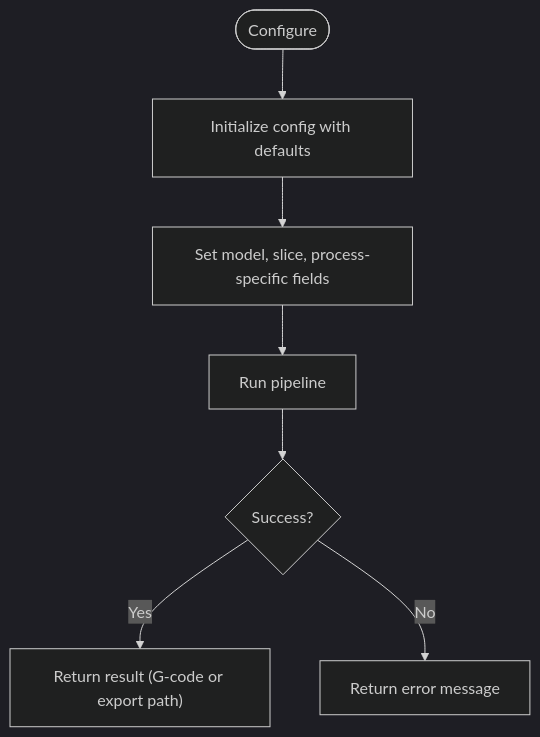
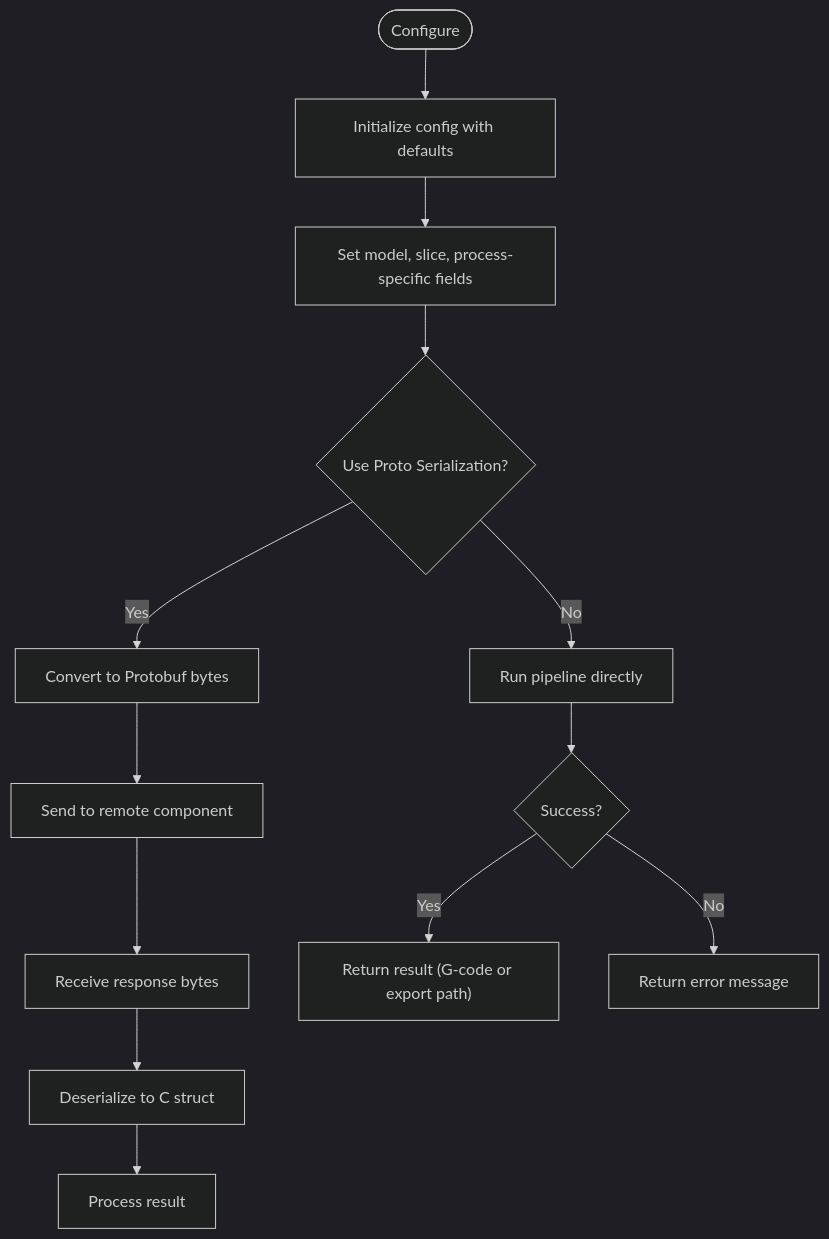
The third of 9 diagrams in .qoder/repowiki/en/content/Core Architecture/Pipeline Types Abstraction.md (hsmbanlance/HsBaSlicer), drawn with Mermaid (dark theme) before and after one commit. The commit also changed other lines of this file and 14 other files, not shown here.

````diff
--- a/.qoder/repowiki/en/content/Core Architecture/Pipeline Types Abstraction.md
+++ b/.qoder/repowiki/en/content/Core Architecture/Pipeline Types Abstraction.md
@@ -197,9 +256,15 @@
 ```mermaid
 flowchart TD
 Start(["Configure"]) --> InitCfg["Initialize config with defaults"]
 InitCfg --> SetFields["Set model, slice, process-specific fields"]
-SetFields --> Run["Run pipeline"]
+SetFields --> Serialize{"Use Proto Serialization?"}
+Serialize --> |Yes| ToProto["Convert to Protobuf bytes"]
+Serialize --> |No| Run["Run pipeline directly"]
+ToProto --> Send["Send to remote component"]
+Send --> Receive["Receive response bytes"]
+Receive --> FromProto["Deserialize to C struct"]
+FromProto --> Process["Process result"]
 Run --> Success{"Success?"}
 Success --> |Yes| Output["Return result (G-code or export path)"]
 Success --> |No| Error["Return error message"]
 ```
````
